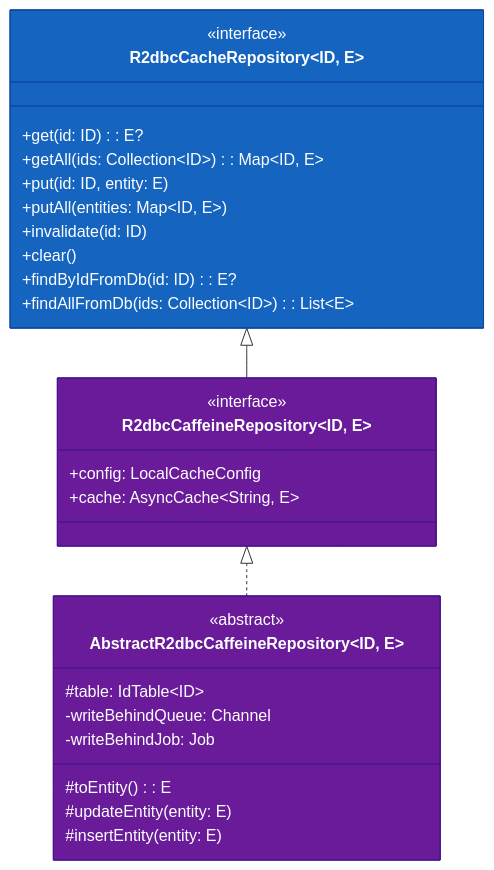
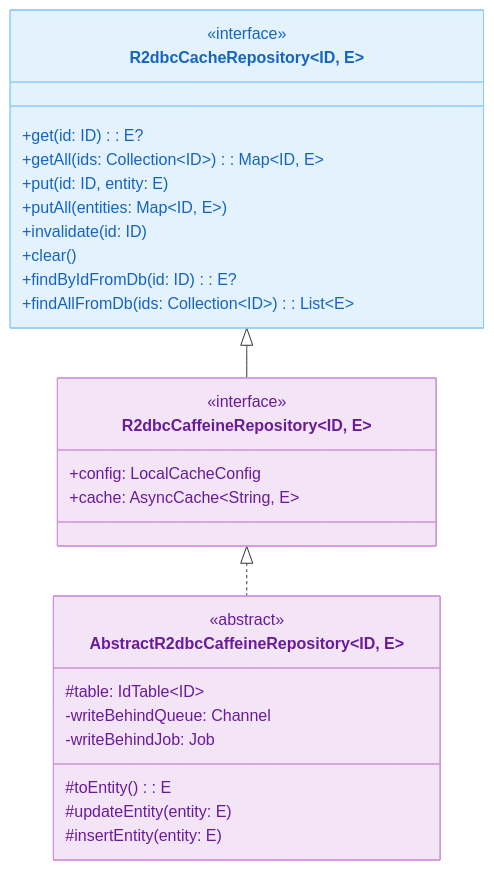
The first of 2 diagrams in data/exposed-r2dbc-caffeine/README.md (bluetape4k/bluetape4k-projects), drawn with Mermaid before and after one commit. The commit also changed other lines of this file and 219 other files, not shown here.

First line of the commit message:
docs: 전체 README Mermaid 다이어그램 가이드 적용

````diff
--- a/data/exposed-r2dbc-caffeine/README.md
+++ b/data/exposed-r2dbc-caffeine/README.md
@@ -11,39 +11,39 @@
 ```mermaid
 classDiagram
     direction TB
 
     class R2dbcCacheRepository~ID, E~ {
         <<interface>>
         +get(id: ID): E?
         +getAll(ids: Collection~ID~): Map~ID, E~
         +put(id: ID, entity: E)
         +putAll(entities: Map~ID, E~)
         +invalidate(id: ID)
         +clear()
         +findByIdFromDb(id: ID): E?
         +findAllFromDb(ids: Collection~ID~): List~E~
     }
 
     class R2dbcCaffeineRepository~ID, E~ {
         <<interface>>
         +config: LocalCacheConfig
         +cache: AsyncCache~String, E~
     }
 
     class AbstractR2dbcCaffeineRepository~ID, E~ {
         <<abstract>>
         #table: IdTable~ID~
         #toEntity(): E
         #updateEntity(entity: E)
         #insertEntity(entity: E)
         -writeBehindQueue: Channel
         -writeBehindJob: Job
     }
 
     R2dbcCacheRepository <|-- R2dbcCaffeineRepository
     R2dbcCaffeineRepository <|.. AbstractR2dbcCaffeineRepository
 
-    style R2dbcCacheRepository fill:#1565C0,stroke:#0D47A1,color:#FFFFFF
-    style R2dbcCaffeineRepository fill:#6A1B9A,stroke:#4A148C,color:#FFFFFF
-    style AbstractR2dbcCaffeineRepository fill:#6A1B9A,stroke:#4A148C,color:#FFFFFF
+    style R2dbcCacheRepository fill:#E3F2FD,stroke:#90CAF9,color:#1565C0
+    style R2dbcCaffeineRepository fill:#F3E5F5,stroke:#CE93D8,color:#6A1B9A
+    style AbstractR2dbcCaffeineRepository fill:#F3E5F5,stroke:#CE93D8,color:#6A1B9A
 ```
````
